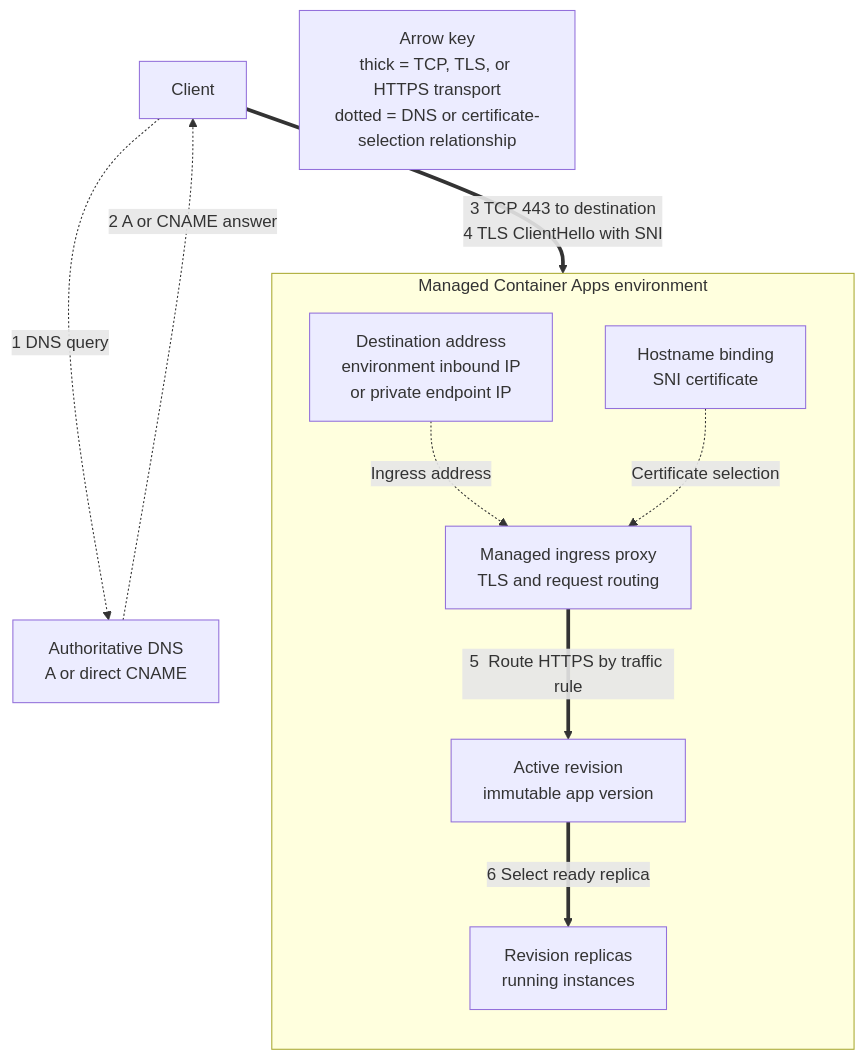
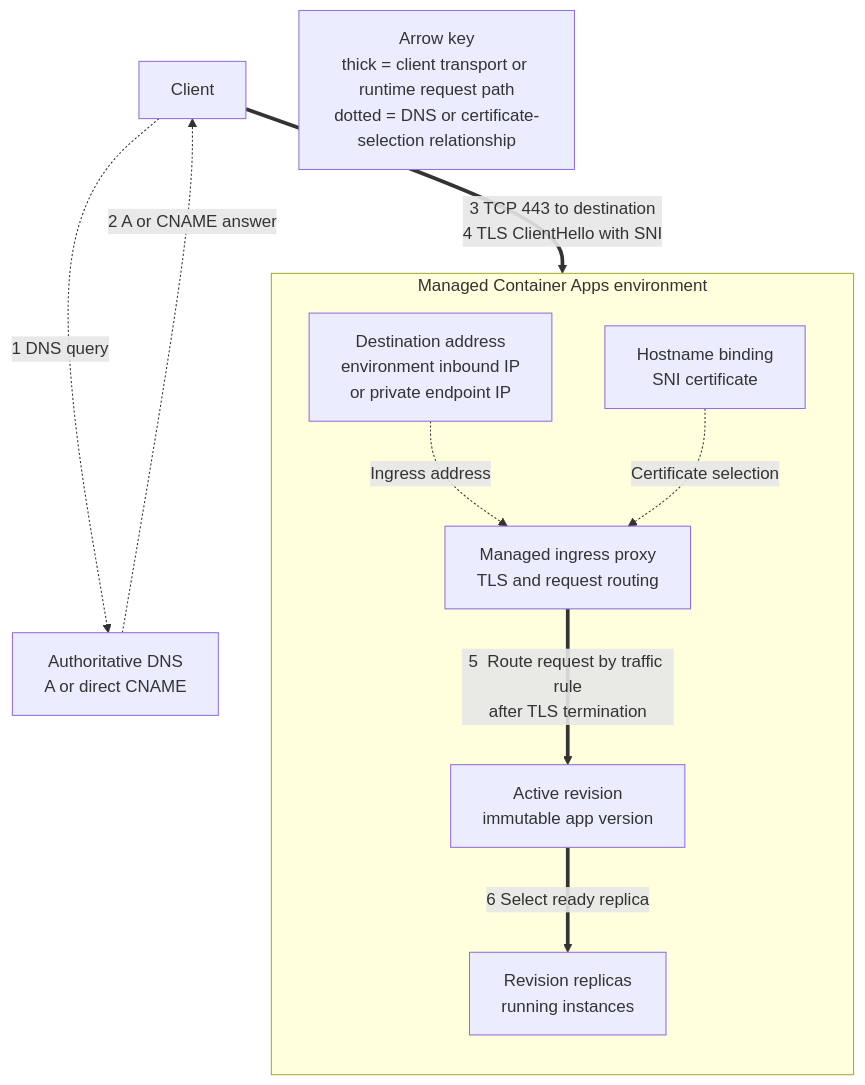
The diagram in docs/operations/custom-domains/index.md (yeongseon/azure-container-apps-practical-guide), drawn with Mermaid before and after one commit.

Commit message:
fix(custom-domains): clarify post-TLS request routing

````diff
--- a/docs/operations/custom-domains/index.md
+++ b/docs/operations/custom-domains/index.md
@@ -64,27 +64,27 @@
 ```mermaid
 flowchart TD
     accTitle: Custom domain DNS, TCP, TLS, and app routing path
     accDescr: A client first resolves an apex A record or subdomain CNAME. It then opens TCP port 443, negotiates TLS by using the hostname and its SNI certificate binding, and sends the HTTPS request through managed ingress to an active revision and replica.
 
     CLIENT["Client"]
     DNS["Authoritative DNS<br/>A or direct CNAME"]
 
     subgraph ENV["Managed Container Apps environment"]
         direction TB
         ADDRESS["Destination address<br/>environment inbound IP<br/>or private endpoint IP"]
         INGRESS["Managed ingress proxy<br/>TLS and request routing"]
         CERT["Hostname binding<br/>SNI certificate"]
         REV_ACTIVE["Active revision<br/>immutable app version"]
         REPLICAS["Revision replicas<br/>running instances"]
     end
 
     CLIENT -.->|"1  DNS query"| DNS
     DNS -.->|"2  A or CNAME answer"| CLIENT
     ADDRESS -.->|"Ingress address"| INGRESS
     CLIENT ==>|"3  TCP 443 to destination<br/>4  TLS ClientHello with SNI"| INGRESS
     CERT -.->|"Certificate selection"| INGRESS
-    INGRESS ==>|"5  Route HTTPS by traffic rule"| REV_ACTIVE
+    INGRESS ==>|"5  Route request by traffic rule<br/>after TLS termination"| REV_ACTIVE
     REV_ACTIVE ==>|"6  Select ready replica"| REPLICAS
 
-    LEGEND["Arrow key<br/>thick = TCP, TLS, or HTTPS transport<br/>dotted = DNS or certificate-selection relationship"]
+    LEGEND["Arrow key<br/>thick = client transport or runtime request path<br/>dotted = DNS or certificate-selection relationship"]
 ```
````
